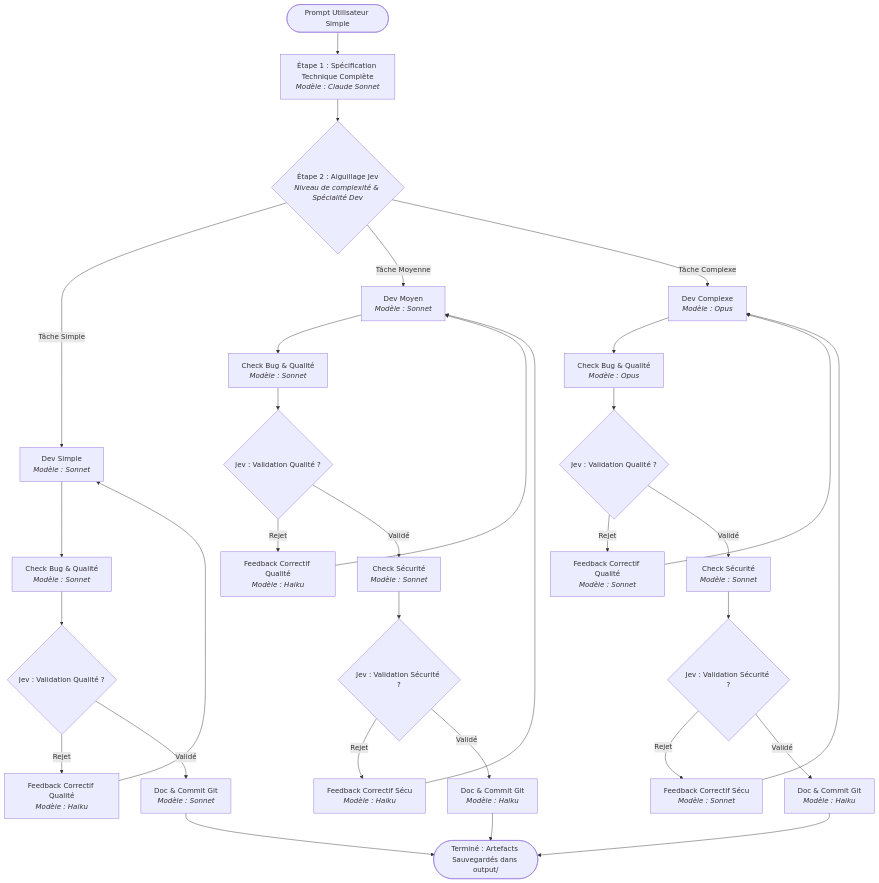
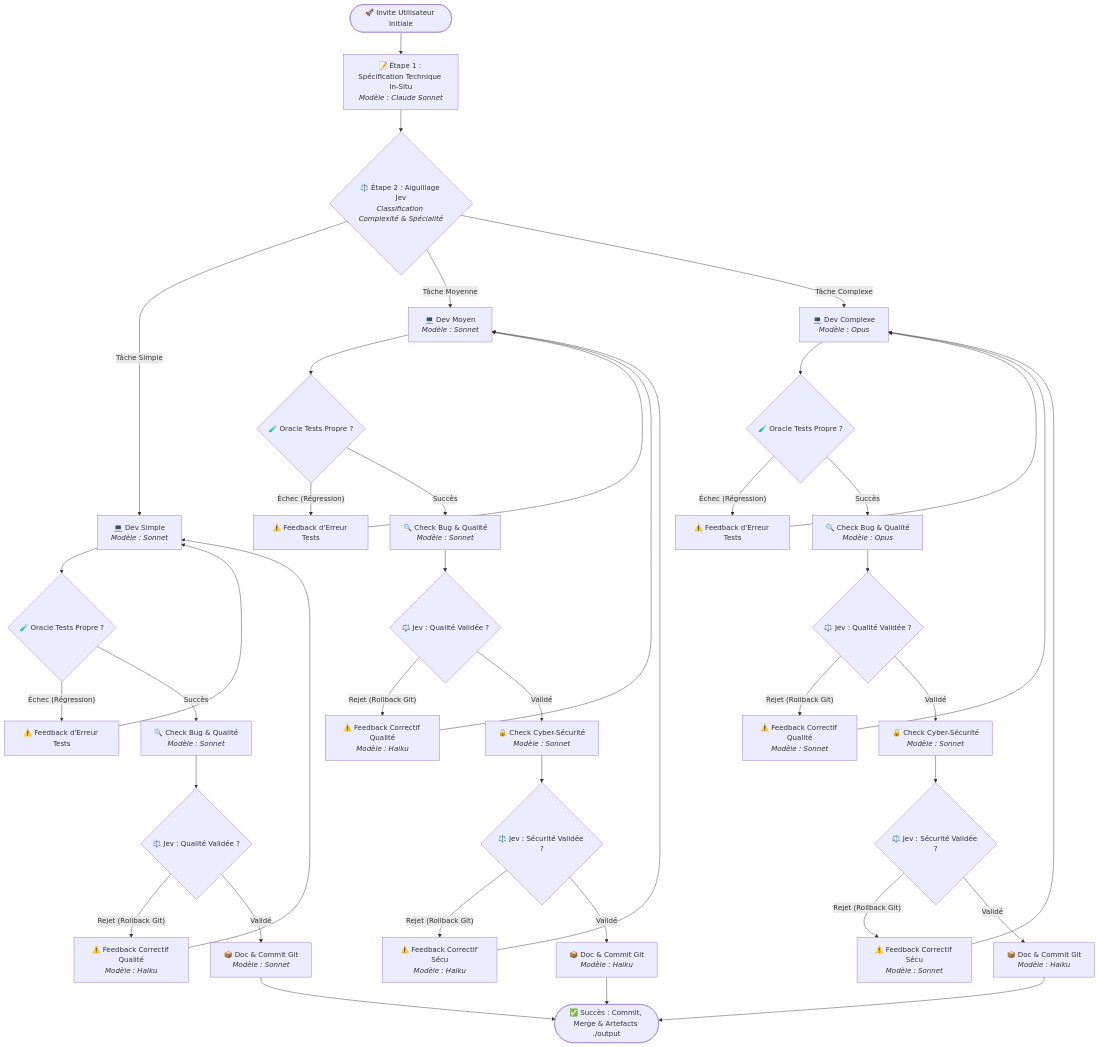
The first of 2 diagrams in README.md (GirardotN/Workflow-Claude-Code), drawn with Mermaid before and after one commit. The commit also changed other lines of this file, not shown here.

````diff
--- a/README.md
+++ b/README.md
@@ -51,41 +125,50 @@
 ```mermaid
 flowchart TD
-    Start([Prompt Utilisateur Simple]) --> Spec[Étape 1 : Spécification Technique Complète<br/><i>Modèle : Claude Sonnet</i>]
-    Spec --> JevRoute{Étape 2 : Aiguillage Jev<br/><i>Niveau de complexité & Spécialité Dev</i>}
+    Start(["🚀 Invite Utilisateur Initiale"]) --> Spec["📝 Étape 1 : Spécification Technique In-Situ<br/><i>Modèle : Claude Sonnet</i>"]
+    Spec --> JevRoute{"⚖️ Étape 2 : Aiguillage Jev<br/><i>Classification Complexité & Spécialité</i>"}
 
     %% Branche Simple
-    JevRoute -->|Tâche Simple| DevSimple[Dev Simple<br/><i>Modèle : Sonnet</i>]
-    DevSimple --> QualSimple[Check Bug & Qualité<br/><i>Modèle : Sonnet</i>]
-    QualSimple --> JevQualSimple{Jev : Validation Qualité ?}
-    JevQualSimple -->|Rejet| FbQualSimple[Feedback Correctif Qualité<br/><i>Modèle : Haiku</i>]
+    JevRoute -->|"Tâche Simple"| DevSimple["💻 Dev Simple<br/><i>Modèle : Sonnet</i>"]
+    DevSimple --> TestsSimple{"🧪 Oracle Tests Propre ?"}
+    TestsSimple -->|"Échec (Régression)"| FbTestSimple["⚠️ Feedback d'Erreur Tests"]
+    FbTestSimple --> DevSimple
+    TestsSimple -->|"Succès"| QualSimple["🔍 Check Bug & Qualité<br/><i>Modèle : Sonnet</i>"]
+    QualSimple --> JevQualSimple{"⚖️ Jev : Qualité Validée ?"}
+    JevQualSimple -->|"Rejet (Rollback Git)"| FbQualSimple["⚠️ Feedback Correctif Qualité<br/><i>Modèle : Haiku</i>"]
     FbQualSimple --> DevSimple
-    JevQualSimple -->|Validé| DocSimple[Doc & Commit Git<br/><i>Modèle : Sonnet</i>]
+    JevQualSimple -->|"Validé"| DocSimple["📦 Doc & Commit Git<br/><i>Modèle : Sonnet</i>"]
 
     %% Branche Moyenne
-    JevRoute -->|Tâche Moyenne| DevMoy[Dev Moyen<br/><i>Modèle : Sonnet</i>]
-    DevMoy --> QualMoy[Check Bug & Qualité<br/><i>Modèle : Sonnet</i>]
-    QualMoy --> JevQualMoy{Jev : Validation Qualité ?}
-    JevQualMoy -->|Rejet| FbQualMoy[Feedback Correctif Qualité<br/><i>Modèle : Haiku</i>]
+    JevRoute -->|"Tâche Moyenne"| DevMoy["💻 Dev Moyen<br/><i>Modèle : Sonnet</i>"]
+    DevMoy --> TestsMoy{"🧪 Oracle Tests Propre ?"}
+    TestsMoy -->|"Échec (Régression)"| FbTestMoy["⚠️ Feedback d'Erreur Tests"]
+    FbTestMoy --> DevMoy
+    TestsMoy -->|"Succès"| QualMoy["🔍 Check Bug & Qualité<br/><i>Modèle : Sonnet</i>"]
+    QualMoy --> JevQualMoy{"⚖️ Jev : Qualité Validée ?"}
+    JevQualMoy -->|"Rejet (Rollback Git)"| FbQualMoy["⚠️ Feedback Correctif Qualité<br/><i>Modèle : Haiku</i>"]
     FbQualMoy --> DevMoy
-    JevQualMoy -->|Validé| SecuMoy[Check Sécurité<br/><i>Modèle : Sonnet</i>]
-    SecuMoy --> JevSecuMoy{Jev : Validation Sécurité ?}
-    JevSecuMoy -->|Rejet| FbSecuMoy[Feedback Correctif Sécu<br/><i>Modèle : Haiku</i>]
+    JevQualMoy -->|"Validé"| SecuMoy["🔒 Check Cyber-Sécurité<br/><i>Modèle : Sonnet</i>"]
+    SecuMoy --> JevSecuMoy{"⚖️ Jev : Sécurité Validée ?"}
+    JevSecuMoy -->|"Rejet (Rollback Git)"| FbSecuMoy["⚠️ Feedback Correctif Sécu<br/><i>Modèle : Haiku</i>"]
     FbSecuMoy --> DevMoy
-    JevSecuMoy -->|Validé| DocMoy[Doc & Commit Git<br/><i>Modèle : Haiku</i>]
+    JevSecuMoy -->|"Validé"| DocMoy["📦 Doc & Commit Git<br/><i>Modèle : Haiku</i>"]
 
     %% Branche Complexe
-    JevRoute -->|Tâche Complexe| DevComp[Dev Complexe<br/><i>Modèle : Opus</i>]
-    DevComp --> QualComp[Check Bug & Qualité<br/><i>Modèle : Opus</i>]
-    QualComp --> JevQualComp{Jev : Validation Qualité ?}
-    JevQualComp -->|Rejet| FbQualComp[Feedback Correctif Qualité<br/><i>Modèle : Sonnet</i>]
+    JevRoute -->|"Tâche Complexe"| DevComp["💻 Dev Complexe<br/><i>Modèle : Opus</i>"]
+    DevComp --> TestsComp{"🧪 Oracle Tests Propre ?"}
+    TestsComp -->|"Échec (Régression)"| FbTestComp["⚠️ Feedback d'Erreur Tests"]
+    FbTestComp --> DevComp
+    TestsComp -->|"Succès"| QualComp["🔍 Check Bug & Qualité<br/><i>Modèle : Opus</i>"]
+    QualComp --> JevQualComp{"⚖️ Jev : Qualité Validée ?"}
+    JevQualComp -->|"Rejet (Rollback Git)"| FbQualComp["⚠️ Feedback Correctif Qualité<br/><i>Modèle : Sonnet</i>"]
     FbQualComp --> DevComp
-    JevQualComp -->|Validé| SecuComp[Check Sécurité<br/><i>Modèle : Sonnet</i>]
-    SecuComp --> JevSecuComp{Jev : Validation Sécurité ?}
-    JevSecuComp -->|Rejet| FbSecuComp[Feedback Correctif Sécu<br/><i>Modèle : Sonnet</i>]
+    JevQualComp -->|"Validé"| SecuComp["🔒 Check Cyber-Sécurité<br/><i>Modèle : Sonnet</i>"]
+    SecuComp --> JevSecuComp{"⚖️ Jev : Sécurité Validée ?"}
+    JevSecuComp -->|"Rejet (Rollback Git)"| FbSecuComp["⚠️ Feedback Correctif Sécu<br/><i>Modèle : Sonnet</i>"]
     FbSecuComp --> DevComp
-    JevSecuComp -->|Validé| DocComp[Doc & Commit Git<br/><i>Modèle : Haiku</i>]
+    JevSecuComp -->|"Validé"| DocComp["📦 Doc & Commit Git<br/><i>Modèle : Haiku</i>"]
 
-    DocSimple --> End([Terminé : Artefacts Sauvegardés dans output/])
-    DocMoy --> End
-    DocComp --> End
+    DocSimple --> OutputSuccess(["✅ Succès : Commit, Merge & Artefacts ./output"])
+    DocMoy --> OutputSuccess
+    DocComp --> OutputSuccess
 ```
````
